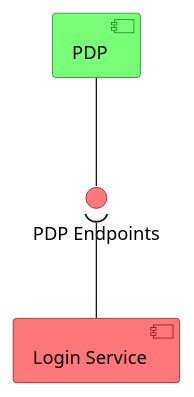
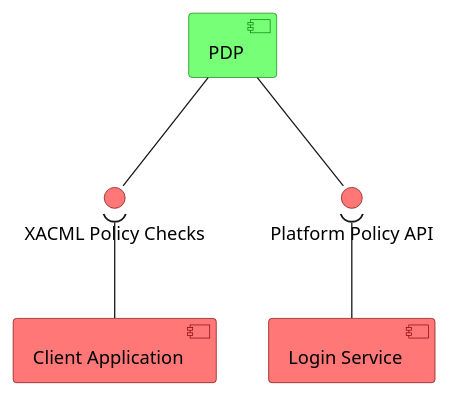
Before and after one commit to EOEPCA/master-system-icd: the diagram in docs/03.user-management/include/pdp-provided-interfaces.wsd, drawn with PlantUML. The commit also changed 6 other files, not shown here.

Commit message:
EOEPCA-149 user profile diagrams

```diff
--- a/docs/03.user-management/include/pdp-provided-interfaces.wsd
+++ b/docs/03.user-management/include/pdp-provided-interfaces.wsd
@@ -1,28 +1,32 @@
 @startuml component
 
 hide stereotype
 
 component PDP <<pdp>>
-() "PDP Endpoints" as pdpendpoints <<provided>>
+() "Platform Policy API" as pdpendpoints <<provided>>
+() "XACML Policy Checks" as xacml_checks <<provided>>
 PDP -down- pdpendpoints
+PDP -down- xacml_checks
 
 component "Login Service" as login_service <<consumer>>
+component "Client Application" as client_app <<consumer>>
 login_service -up-( pdpendpoints
+client_app -up-( xacml_checks
 
   
 skinparam component<<pdp>> {
     BackgroundColor #77ff77
     BorderColor #007700
 }
 
 skinparam interface<<provided>> {
     BackgroundColor #ff7777
     BorderColor #770000
 }
 
 skinparam component<<consumer>> {
     BackgroundColor #ff7777
     BorderColor #770000
 }
 
 @enduml
```
